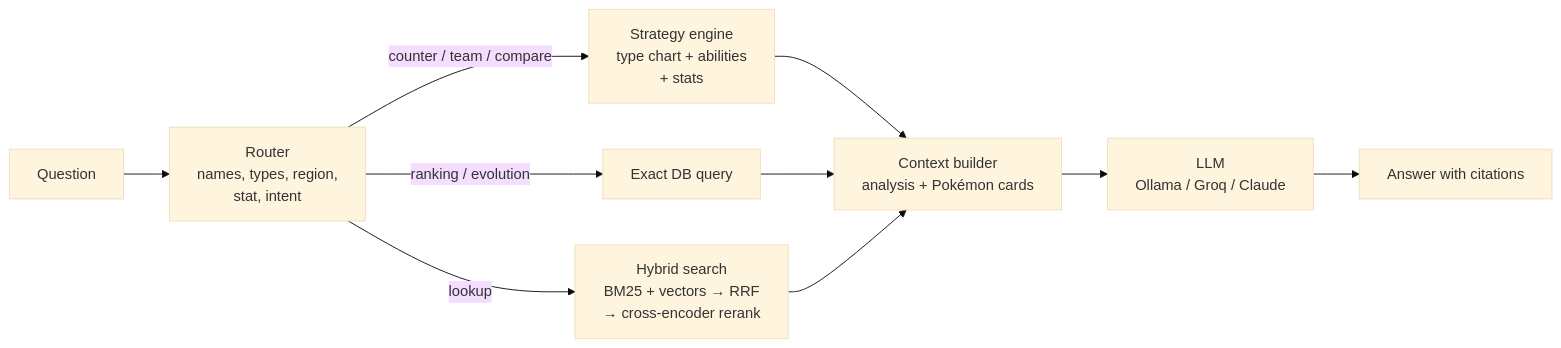
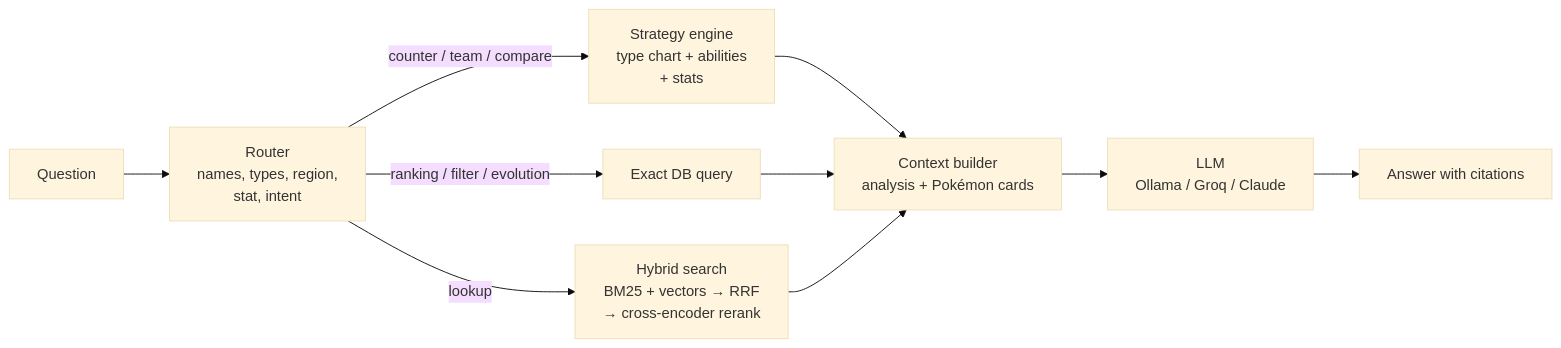
Before and after one commit to theguyingreyhoodie/PokeRAG: the diagram in README.md, drawn with Mermaid (base theme). The commit also changed other lines of this file and 5 other files, not shown here.

````diff
--- a/README.md
+++ b/README.md
@@ -31,12 +33,12 @@
 ```mermaid
 flowchart LR
     Q[Question] --> R[Router<br/>names, types, region,<br/>stat, intent]
     R -->|counter / team / compare| S[Strategy engine<br/>type chart + abilities<br/>+ stats]
-    R -->|ranking / evolution| D[Exact DB query]
+    R -->|ranking / filter / evolution| D[Exact DB query]
     R -->|lookup| H[Hybrid search<br/>BM25 + vectors → RRF<br/>→ cross-encoder rerank]
     S --> C[Context builder<br/>analysis + Pokémon cards]
     D --> C
     H --> C
     C --> L[LLM<br/>Ollama / Groq / Claude]
     L --> A[Answer with citations]
 ```
````
